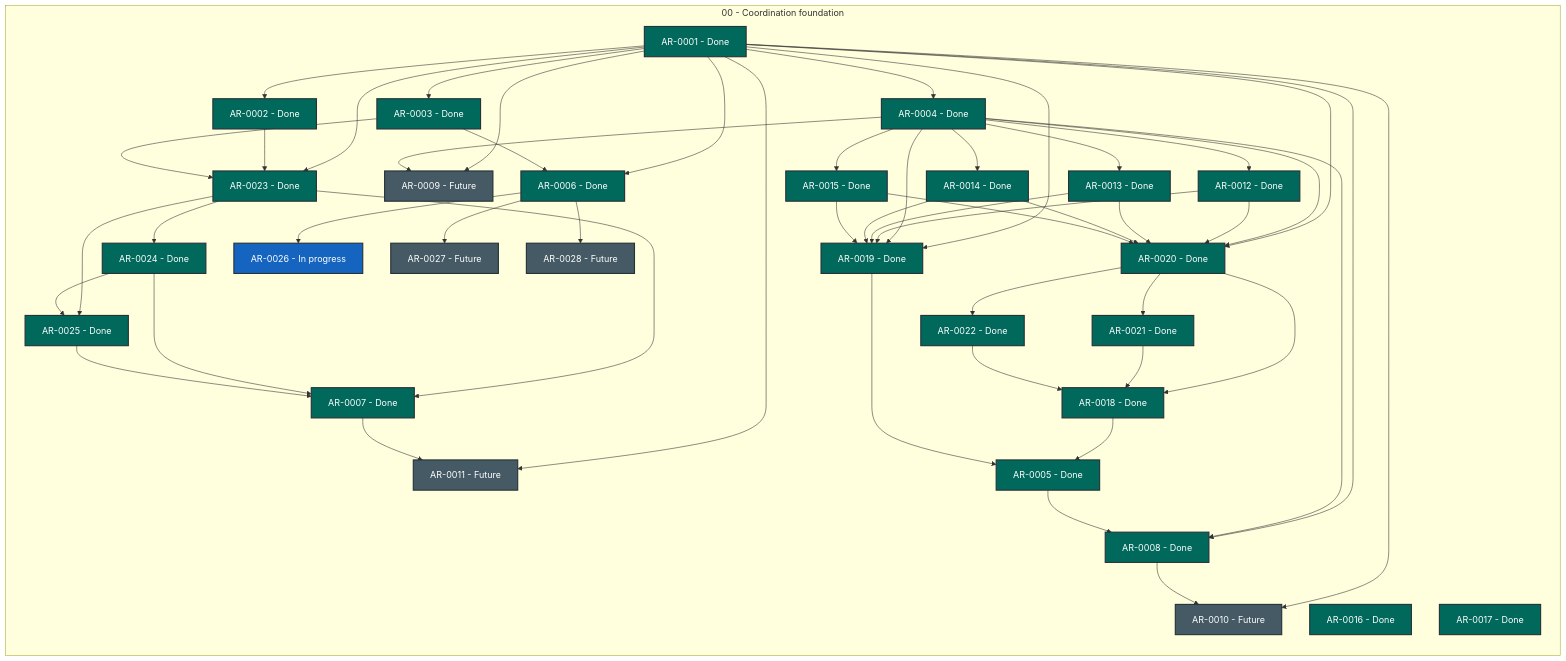
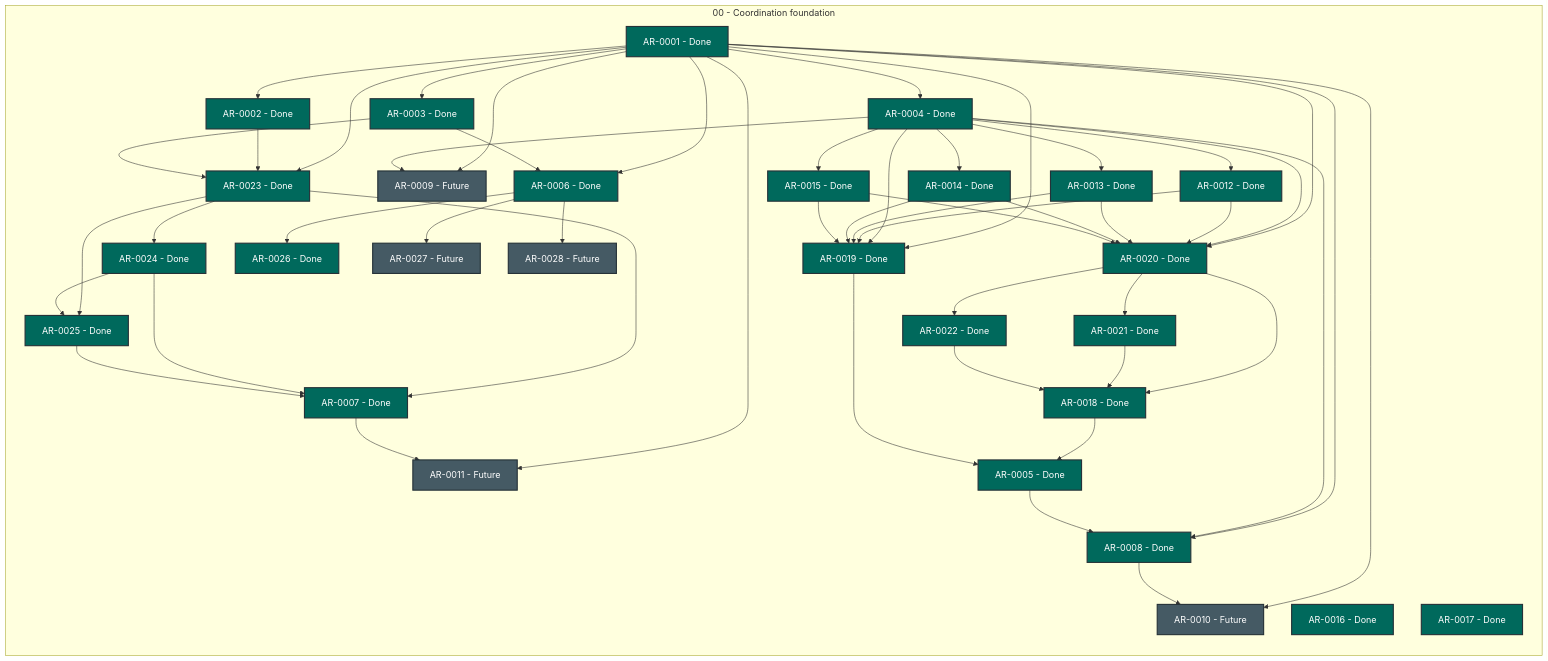
The diagram in STATUS.md (martin-beck/agent-workflow-quality-state), drawn with Mermaid before and after one commit. The commit also changed other lines of this file and 2 other files, not shown here.

```diff
--- a/STATUS.md
+++ b/STATUS.md
@@ -53,7 +53,7 @@
         AR_0023["AR-0023 - Done"]:::status_done
         AR_0024["AR-0024 - Done"]:::status_done
         AR_0025["AR-0025 - Done"]:::status_done
-        AR_0026["AR-0026 - In progress"]:::status_in_progress
+        AR_0026["AR-0026 - Done"]:::status_done
         AR_0027["AR-0027 - Future"]:::status_future
         AR_0028["AR-0028 - Future"]:::status_future
     end
```
